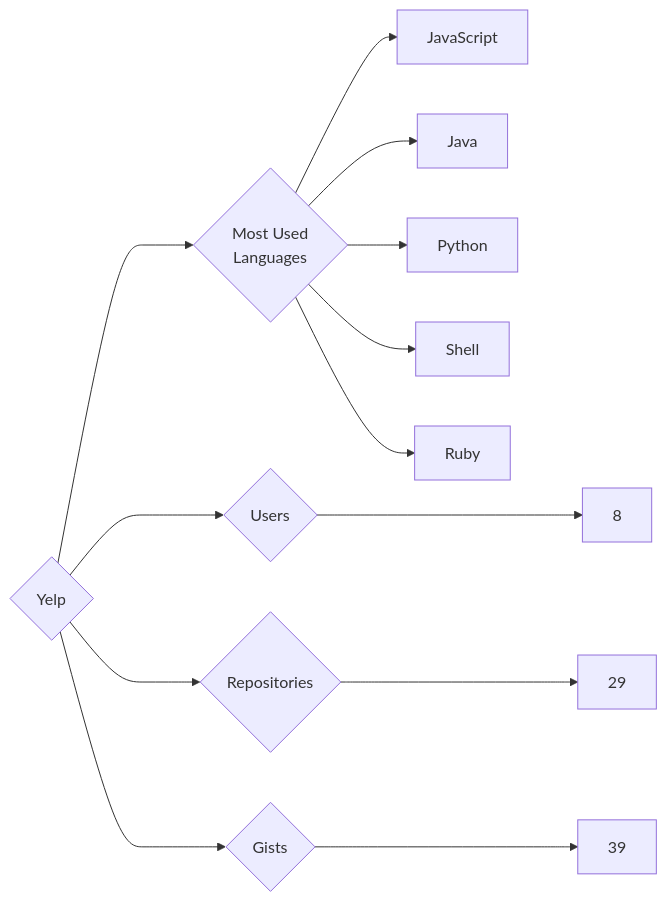
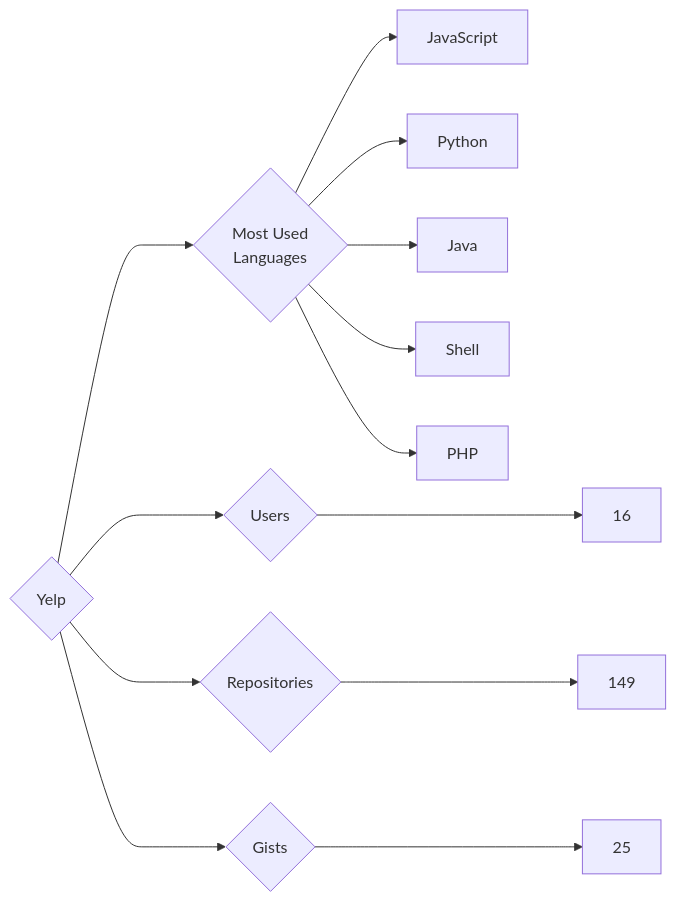
One commit to trickest/insiders changed the diagram in targets/Yelp/README.md. Above: the diagram before and after it, drawn with Mermaid. The commit also changed 748 other files, not shown here.

````diff
--- a/targets/Yelp/README.md
+++ b/targets/Yelp/README.md
@@ -3,13 +3,13 @@
 ```mermaid
 graph LR
 COMPANY_NAME{Yelp}
-COMPANY_NAME ---> U{Users} ---> UN[8]
-COMPANY_NAME ---> R{Repositories} ---> RN[29]
-COMPANY_NAME ---> G{Gists} ---> GN[39]
+COMPANY_NAME ---> U{Users} ---> UN[16]
+COMPANY_NAME ---> R{Repositories} ---> RN[149]
+COMPANY_NAME ---> G{Gists} ---> GN[25]
 COMPANY_NAME ---> ML{Most Used<br>Languages}
 ML --> JavaScript[JavaScript]
+ML --> Python[Python]
 ML --> Java[Java]
-ML --> Python[Python]
 ML --> Shell[Shell]
-ML --> Ruby[Ruby]
+ML --> PHP[PHP]
 ```
````
